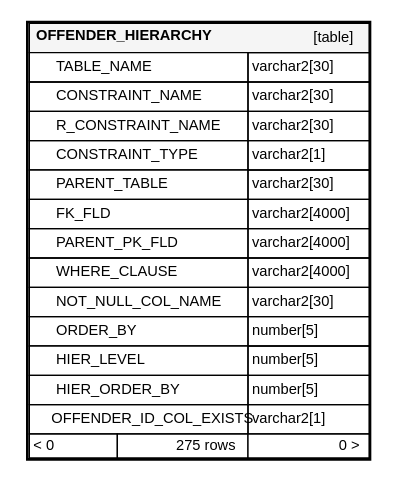
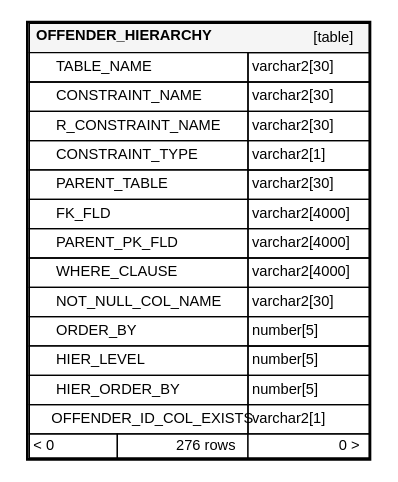
One commit to ministryofjustice/hmpps-probation-integration-services changed the diagram in schema-spy-report/diagrams/orphans/OFFENDER_HIERARCHY.1degree.dot. Above: the diagram before and after it, drawn with Graphviz. The commit also changed 857 other files, not shown here.

```diff
--- a/schema-spy-report/diagrams/orphans/OFFENDER_HIERARCHY.1degree.dot
+++ b/schema-spy-report/diagrams/orphans/OFFENDER_HIERARCHY.1degree.dot
@@ -1,42 +1,42 @@
 digraph "OFFENDER_HIERARCHY" {
   graph [
     rankdir="RL"
     bgcolor="#ffffff"
     nodesep="0.18"
     ranksep="0.46"
     fontname="Helvetica"
     fontsize="11"
     ration="compress"
   ];
   node [
     fontname="Helvetica"
     fontsize="11"
     shape="plaintext"
   ];
   edge [
     arrowsize="0.8"
   ];
   "OFFENDER_HIERARCHY" [
    label=<
     <TABLE BORDER="2" CELLBORDER="1" CELLSPACING="0" BGCOLOR="#ffffff">
       <TR><TD COLSPAN="4"  BGCOLOR="#f5f5f5"><TABLE BORDER="0" CELLSPACING="0"><TR><TD ALIGN="LEFT"><B>OFFENDER_HIERARCHY</B></TD><TD ALIGN="RIGHT">[table]</TD></TR></TABLE></TD></TR>
       <TR><TD PORT="TABLE_NAME" COLSPAN="2" BGCOLOR="#ffffff" ALIGN="LEFT"><TABLE BORDER="0" CELLSPACING="0" ALIGN="LEFT"><TR ALIGN="LEFT"><TD ALIGN="LEFT" FIXEDSIZE="TRUE" WIDTH="15" HEIGHT="16"></TD><TD ALIGN="LEFT" FIXEDSIZE="TRUE" WIDTH="143" HEIGHT="16">TABLE_NAME</TD></TR></TABLE></TD><TD PORT="TABLE_NAME.type" ALIGN="LEFT">varchar2[30]</TD></TR>
       <TR><TD PORT="CONSTRAINT_NAME" COLSPAN="2" ALIGN="LEFT"><TABLE BORDER="0" CELLSPACING="0" ALIGN="LEFT"><TR ALIGN="LEFT"><TD ALIGN="LEFT" FIXEDSIZE="TRUE" WIDTH="15" HEIGHT="16"></TD><TD ALIGN="LEFT" FIXEDSIZE="TRUE" WIDTH="143" HEIGHT="16">CONSTRAINT_NAME</TD></TR></TABLE></TD><TD PORT="CONSTRAINT_NAME.type" ALIGN="LEFT">varchar2[30]</TD></TR>
       <TR><TD PORT="R_CONSTRAINT_NAME" COLSPAN="2" ALIGN="LEFT"><TABLE BORDER="0" CELLSPACING="0" ALIGN="LEFT"><TR ALIGN="LEFT"><TD ALIGN="LEFT" FIXEDSIZE="TRUE" WIDTH="15" HEIGHT="16"></TD><TD ALIGN="LEFT" FIXEDSIZE="TRUE" WIDTH="143" HEIGHT="16">R_CONSTRAINT_NAME</TD></TR></TABLE></TD><TD PORT="R_CONSTRAINT_NAME.type" ALIGN="LEFT">varchar2[30]</TD></TR>
       <TR><TD PORT="CONSTRAINT_TYPE" COLSPAN="2" ALIGN="LEFT"><TABLE BORDER="0" CELLSPACING="0" ALIGN="LEFT"><TR ALIGN="LEFT"><TD ALIGN="LEFT" FIXEDSIZE="TRUE" WIDTH="15" HEIGHT="16"></TD><TD ALIGN="LEFT" FIXEDSIZE="TRUE" WIDTH="143" HEIGHT="16">CONSTRAINT_TYPE</TD></TR></TABLE></TD><TD PORT="CONSTRAINT_TYPE.type" ALIGN="LEFT">varchar2[1]</TD></TR>
       <TR><TD PORT="PARENT_TABLE" COLSPAN="2" BGCOLOR="#ffffff" ALIGN="LEFT"><TABLE BORDER="0" CELLSPACING="0" ALIGN="LEFT"><TR ALIGN="LEFT"><TD ALIGN="LEFT" FIXEDSIZE="TRUE" WIDTH="15" HEIGHT="16"></TD><TD ALIGN="LEFT" FIXEDSIZE="TRUE" WIDTH="143" HEIGHT="16">PARENT_TABLE</TD></TR></TABLE></TD><TD PORT="PARENT_TABLE.type" ALIGN="LEFT">varchar2[30]</TD></TR>
       <TR><TD PORT="FK_FLD" COLSPAN="2" ALIGN="LEFT"><TABLE BORDER="0" CELLSPACING="0" ALIGN="LEFT"><TR ALIGN="LEFT"><TD ALIGN="LEFT" FIXEDSIZE="TRUE" WIDTH="15" HEIGHT="16"></TD><TD ALIGN="LEFT" FIXEDSIZE="TRUE" WIDTH="143" HEIGHT="16">FK_FLD</TD></TR></TABLE></TD><TD PORT="FK_FLD.type" ALIGN="LEFT">varchar2[4000]</TD></TR>
       <TR><TD PORT="PARENT_PK_FLD" COLSPAN="2" ALIGN="LEFT"><TABLE BORDER="0" CELLSPACING="0" ALIGN="LEFT"><TR ALIGN="LEFT"><TD ALIGN="LEFT" FIXEDSIZE="TRUE" WIDTH="15" HEIGHT="16"></TD><TD ALIGN="LEFT" FIXEDSIZE="TRUE" WIDTH="143" HEIGHT="16">PARENT_PK_FLD</TD></TR></TABLE></TD><TD PORT="PARENT_PK_FLD.type" ALIGN="LEFT">varchar2[4000]</TD></TR>
       <TR><TD PORT="WHERE_CLAUSE" COLSPAN="2" ALIGN="LEFT"><TABLE BORDER="0" CELLSPACING="0" ALIGN="LEFT"><TR ALIGN="LEFT"><TD ALIGN="LEFT" FIXEDSIZE="TRUE" WIDTH="15" HEIGHT="16"></TD><TD ALIGN="LEFT" FIXEDSIZE="TRUE" WIDTH="143" HEIGHT="16">WHERE_CLAUSE</TD></TR></TABLE></TD><TD PORT="WHERE_CLAUSE.type" ALIGN="LEFT">varchar2[4000]</TD></TR>
       <TR><TD PORT="NOT_NULL_COL_NAME" COLSPAN="2" ALIGN="LEFT"><TABLE BORDER="0" CELLSPACING="0" ALIGN="LEFT"><TR ALIGN="LEFT"><TD ALIGN="LEFT" FIXEDSIZE="TRUE" WIDTH="15" HEIGHT="16"></TD><TD ALIGN="LEFT" FIXEDSIZE="TRUE" WIDTH="143" HEIGHT="16">NOT_NULL_COL_NAME</TD></TR></TABLE></TD><TD PORT="NOT_NULL_COL_NAME.type" ALIGN="LEFT">varchar2[30]</TD></TR>
       <TR><TD PORT="ORDER_BY" COLSPAN="2" ALIGN="LEFT"><TABLE BORDER="0" CELLSPACING="0" ALIGN="LEFT"><TR ALIGN="LEFT"><TD ALIGN="LEFT" FIXEDSIZE="TRUE" WIDTH="15" HEIGHT="16"></TD><TD ALIGN="LEFT" FIXEDSIZE="TRUE" WIDTH="143" HEIGHT="16">ORDER_BY</TD></TR></TABLE></TD><TD PORT="ORDER_BY.type" ALIGN="LEFT">number[5]</TD></TR>
       <TR><TD PORT="HIER_LEVEL" COLSPAN="2" BGCOLOR="#ffffff" ALIGN="LEFT"><TABLE BORDER="0" CELLSPACING="0" ALIGN="LEFT"><TR ALIGN="LEFT"><TD ALIGN="LEFT" FIXEDSIZE="TRUE" WIDTH="15" HEIGHT="16"></TD><TD ALIGN="LEFT" FIXEDSIZE="TRUE" WIDTH="143" HEIGHT="16">HIER_LEVEL</TD></TR></TABLE></TD><TD PORT="HIER_LEVEL.type" ALIGN="LEFT">number[5]</TD></TR>
       <TR><TD PORT="HIER_ORDER_BY" COLSPAN="2" ALIGN="LEFT"><TABLE BORDER="0" CELLSPACING="0" ALIGN="LEFT"><TR ALIGN="LEFT"><TD ALIGN="LEFT" FIXEDSIZE="TRUE" WIDTH="15" HEIGHT="16"></TD><TD ALIGN="LEFT" FIXEDSIZE="TRUE" WIDTH="143" HEIGHT="16">HIER_ORDER_BY</TD></TR></TABLE></TD><TD PORT="HIER_ORDER_BY.type" ALIGN="LEFT">number[5]</TD></TR>
       <TR><TD PORT="OFFENDER_ID_COL_EXISTS" COLSPAN="2" ALIGN="LEFT"><TABLE BORDER="0" CELLSPACING="0" ALIGN="LEFT"><TR ALIGN="LEFT"><TD ALIGN="LEFT" FIXEDSIZE="TRUE" WIDTH="15" HEIGHT="16"></TD><TD ALIGN="LEFT" FIXEDSIZE="TRUE" WIDTH="143" HEIGHT="16">OFFENDER_ID_COL_EXISTS</TD></TR></TABLE></TD><TD PORT="OFFENDER_ID_COL_EXISTS.type" ALIGN="LEFT">varchar2[1]</TD></TR>
-      <TR><TD ALIGN="LEFT" BGCOLOR="#ffffff">&lt; 0</TD><TD ALIGN="RIGHT" BGCOLOR="#ffffff">275 rows</TD><TD ALIGN="RIGHT" BGCOLOR="#ffffff">0 &gt;</TD></TR>
+      <TR><TD ALIGN="LEFT" BGCOLOR="#ffffff">&lt; 0</TD><TD ALIGN="RIGHT" BGCOLOR="#ffffff">276 rows</TD><TD ALIGN="RIGHT" BGCOLOR="#ffffff">0 &gt;</TD></TR>
     </TABLE>>
     URL="../../tables/OFFENDER_HIERARCHY.html"
     target="_top"
     tooltip="OFFENDER_HIERARCHY"
   ];
 }
```
